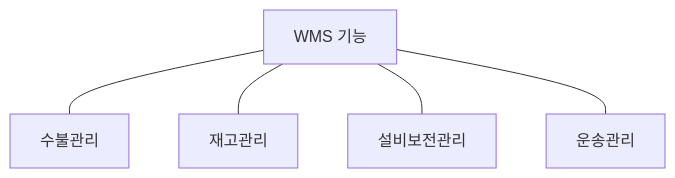
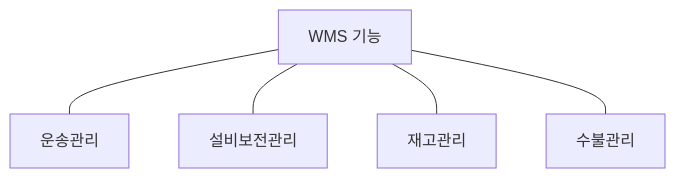
One commit to yeonkyupark/pepc2e changed the second of 2 diagrams in 0302물류관리.qmd. Above: the diagram before and after it, drawn with Mermaid. The commit also changed other lines of this file, not shown here.

````diff
--- a/0302물류관리.qmd
+++ b/0302물류관리.qmd
@@ -74,11 +73,11 @@
 ```{mermaid}
 flowchart TB
 
 00[WMS 기능]
 10["수불관리"]
 20["재고관리"]
 30["설비보전관리"]
 40["운송관리"]
 
-00 --- 10 & 20 & 30 & 40
+00 --- 40 & 30 & 20 & 10
 ```
````
